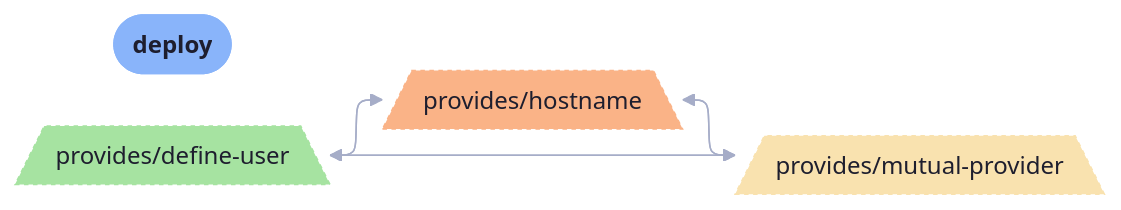
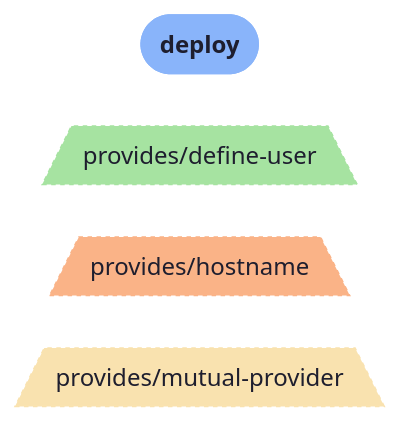
The diagram in templates/diag-fx-demo/diagrams/mail-relay-deploy-simple.md (sini/den), drawn with Mermaid before and after one commit. The commit also changed 849 other files, not shown here.

Commit message:
chore: update fx diagrams

````diff
--- a/templates/diag-fx-demo/diagrams/mail-relay-deploy-simple.md
+++ b/templates/diag-fx-demo/diagrams/mail-relay-deploy-simple.md
@@ -5,21 +5,15 @@
 ```mermaid
 %%{init: {"elk":{"mergeEdges":true,"nodePlacementStrategy":"BRANDES_KOEPF"},"layout":"elk","theme":"base","themeVariables":{"activationBkgColor":"#313244","activationBorderColor":"#6c7086","actorBkg":"#313244","actorBorder":"#a6adc8","actorLineColor":"#a6adc8","actorTextColor":"#cdd6f4","background":"#1e1e2e","classText":"#cdd6f4","clusterBkg":"#313244","clusterBorder":"#6c7086","edgeLabelBackground":"#1e1e2e","labelBoxBkgColor":"#313244","labelBoxBorderColor":"#a6adc8","labelTextColor":"#cdd6f4","lineColor":"#a6adc8","loopTextColor":"#cdd6f4","mainBkg":"#313244","nodeBkg":"#313244","nodeBorder":"#a6adc8","nodeTextColor":"#cdd6f4","noteBkgColor":"#313244","noteBorderColor":"#6c7086","noteTextColor":"#cdd6f4","pie1":"#f38ba8","pie2":"#fab387","pie3":"#f9e2af","pie4":"#a6e3a1","pie5":"#94e2d5","pie6":"#89b4fa","pie7":"#cba6f7","pie8":"#f2cdcd","pieLegendTextColor":"#cdd6f4","pieOuterStrokeColor":"#6c7086","pieSectionTextColor":"#cdd6f4","pieStrokeColor":"#6c7086","pieTitleTextColor":"#cdd6f4","primaryBorderColor":"#a6adc8","primaryColor":"#313244","primaryTextColor":"#cdd6f4","secondBkg":"#313244","secondaryBorderColor":"#6c7086","secondaryColor":"#313244","secondaryTextColor":"#cdd6f4","sequenceNumberColor":"#1e1e2e","signalColor":"#a6adc8","signalTextColor":"#cdd6f4","tertiaryBorderColor":"#6c7086","tertiaryColor":"#313244","tertiaryTextColor":"#cdd6f4","textColor":"#cdd6f4","titleColor":"#cdd6f4"}}}%%
 graph LR
   deploy([deploy]):::root
   den__provides__define_user[/"provides/define-user"\]:::den__provides__define_user_c
   den__provides__hostname[/"provides/hostname"\]:::den__provides__hostname_c
   den__provides__mutual_provider[/"provides/mutual-provider"\]:::den__provides__mutual_provider_c
 
-  den__provides__mutual_provider --> den__provides__define_user
-  den__provides__mutual_provider --> den__provides__hostname
-  den__provides__hostname --> den__provides__define_user
-  den__provides__define_user --> den__provides__hostname
-  den__provides__define_user --> den__provides__mutual_provider
-  den__provides__hostname --> den__provides__mutual_provider
 
   classDef root fill:#89b4fa,stroke:#89b4fa,color:#1e1e2e,font-weight:bold
   classDef den__provides__define_user_c fill:#a6e3a1,stroke:#a6e3a1,color:#1e1e2e,stroke-dasharray: 3 3,stroke-width:1px
   classDef deploy_c fill:#fab387,stroke:#fab387,color:#1e1e2e,stroke-width:2px
   classDef den__provides__hostname_c fill:#fab387,stroke:#fab387,color:#1e1e2e,stroke-dasharray: 3 3,stroke-width:1px
   classDef den__provides__mutual_provider_c fill:#f9e2af,stroke:#f9e2af,color:#1e1e2e,stroke-dasharray: 3 3,stroke-width:1px
 ```
````
